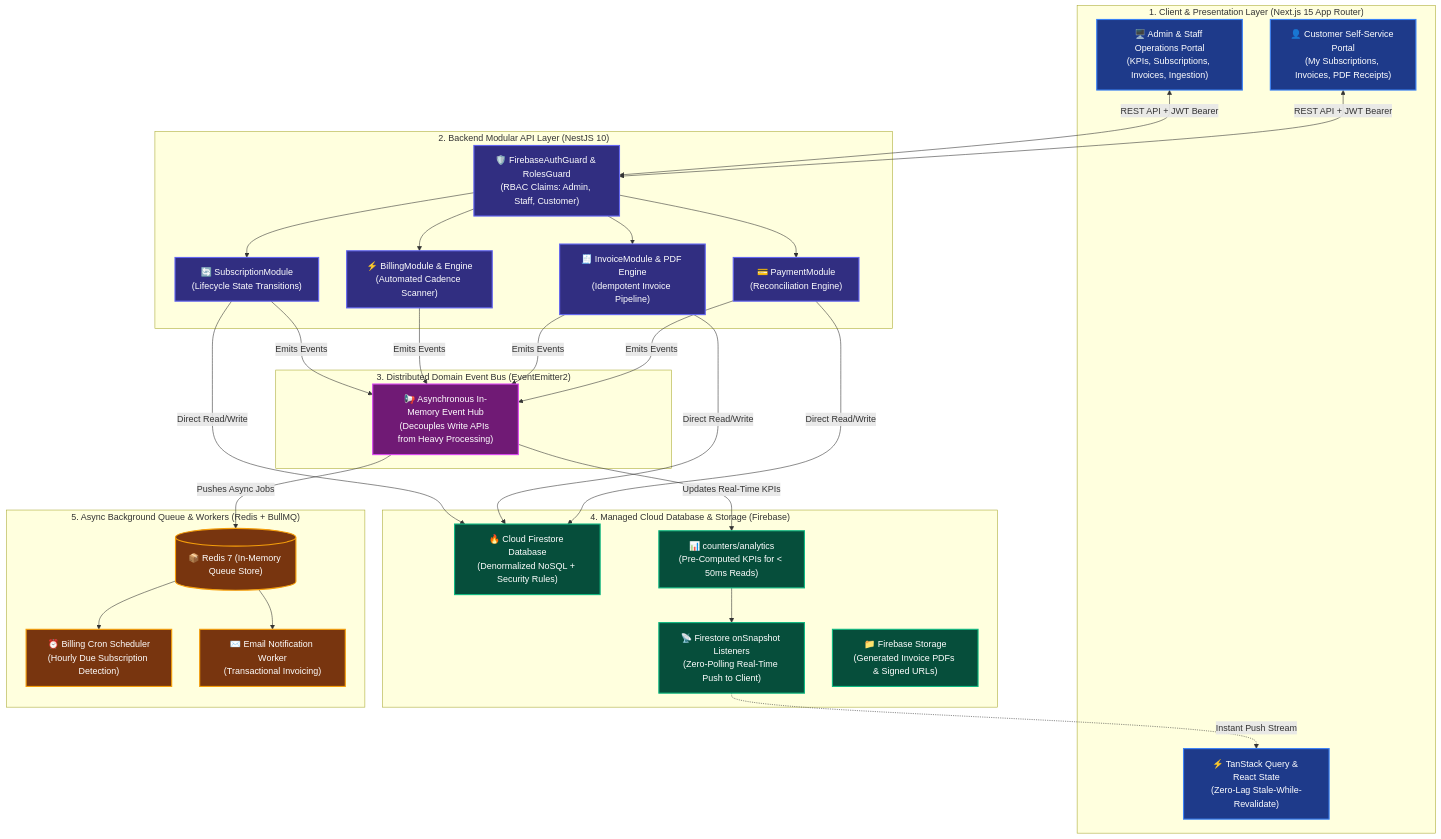
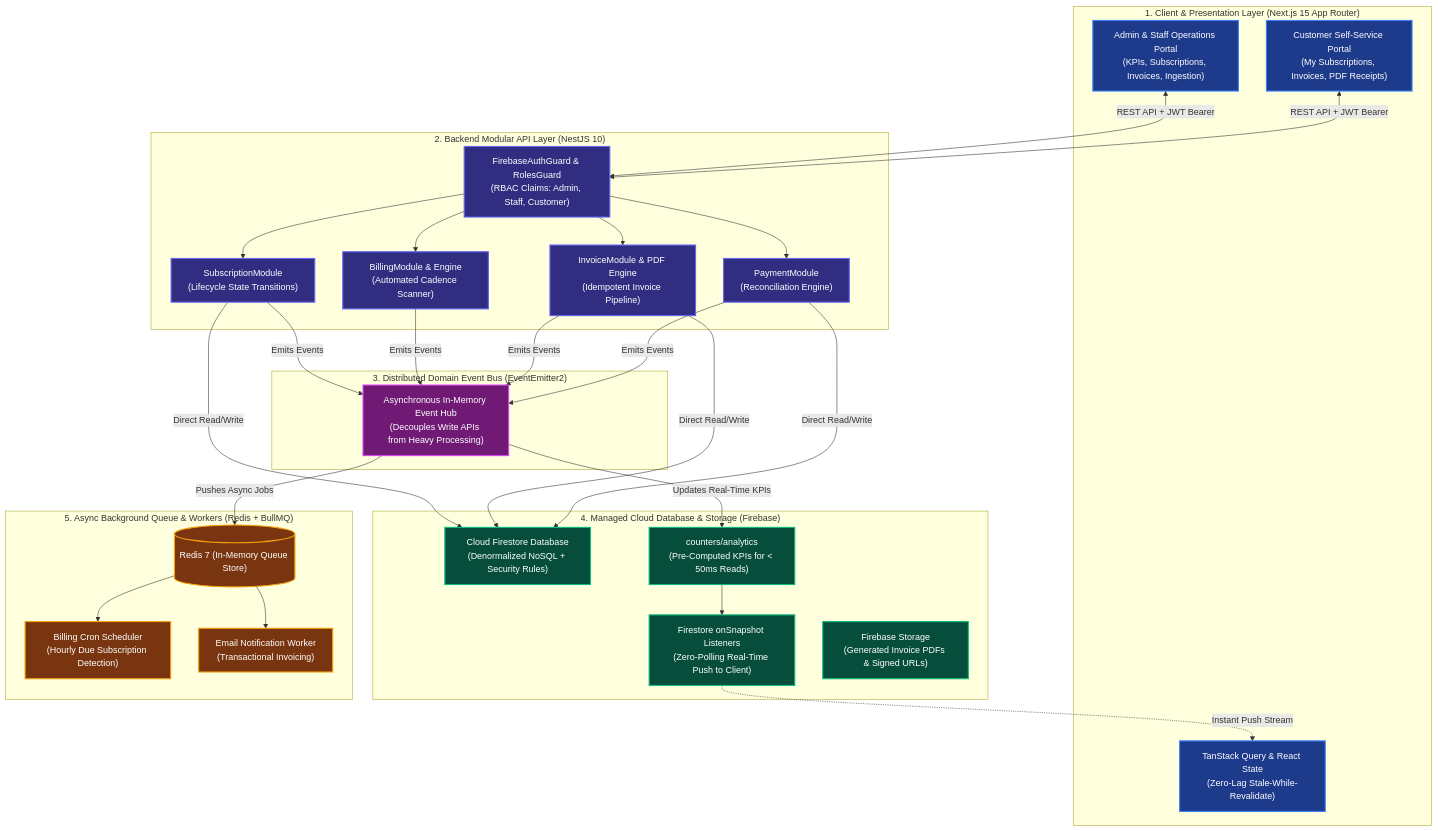
One commit to anandhukrishnaas1/SubFlow changed the first of 3 diagrams in ARCHITECTURE.md. Above: the diagram before and after it, drawn with Mermaid. The commit also changed other lines of this file and 1 other file, not shown here.

Commit message:
docs: remove emojis and localhost references for formal evaluation

````diff
--- a/ARCHITECTURE.md
+++ b/ARCHITECTURE.md
@@ -12,66 +12,66 @@
 ```mermaid
 flowchart TB
     %% Styling Classes
     classDef clientTier fill:#1e3a8a,stroke:#3b82f6,stroke-width:2px,color:#ffffff;
     classDef apiTier fill:#312e81,stroke:#6366f1,stroke-width:2px,color:#ffffff;
     classDef eventTier fill:#701a75,stroke:#d946ef,stroke-width:2px,color:#ffffff;
     classDef dataTier fill:#064e3b,stroke:#10b981,stroke-width:2px,color:#ffffff;
     classDef asyncTier fill:#78350f,stroke:#f59e0b,stroke-width:2px,color:#ffffff;
 
     subgraph CLIENT["1. Client & Presentation Layer (Next.js 15 App Router)"]
-        ADMIN_UI["🖥️ Admin & Staff Operations Portal<br/>(KPIs, Subscriptions, Invoices, Ingestion)"]:::clientTier
-        PORTAL_UI["👤 Customer Self-Service Portal<br/>(My Subscriptions, Invoices, PDF Receipts)"]:::clientTier
-        QUERY_CACHE["⚡ TanStack Query & React State<br/>(Zero-Lag Stale-While-Revalidate)"]:::clientTier
+        ADMIN_UI["Admin & Staff Operations Portal<br/>(KPIs, Subscriptions, Invoices, Ingestion)"]:::clientTier
+        PORTAL_UI["Customer Self-Service Portal<br/>(My Subscriptions, Invoices, PDF Receipts)"]:::clientTier
+        QUERY_CACHE["TanStack Query & React State<br/>(Zero-Lag Stale-While-Revalidate)"]:::clientTier
     end
 
     subgraph GATEWAY["2. Backend Modular API Layer (NestJS 10)"]
-        AUTH_GUARD["🛡️ FirebaseAuthGuard & RolesGuard<br/>(RBAC Claims: Admin, Staff, Customer)"]:::apiTier
-        SUB_MODULE["🔄 SubscriptionModule<br/>(Lifecycle State Transitions)"]:::apiTier
-        BILL_MODULE["⚡ BillingModule & Engine<br/>(Automated Cadence Scanner)"]:::apiTier
-        INV_MODULE["🧾 InvoiceModule & PDF Engine<br/>(Idempotent Invoice Pipeline)"]:::apiTier
-        PAY_MODULE["💳 PaymentModule<br/>(Reconciliation Engine)"]:::apiTier
+        AUTH_GUARD["FirebaseAuthGuard & RolesGuard<br/>(RBAC Claims: Admin, Staff, Customer)"]:::apiTier
+        SUB_MODULE["SubscriptionModule<br/>(Lifecycle State Transitions)"]:::apiTier
+        BILL_MODULE["BillingModule & Engine<br/>(Automated Cadence Scanner)"]:::apiTier
+        INV_MODULE["InvoiceModule & PDF Engine<br/>(Idempotent Invoice Pipeline)"]:::apiTier
+        PAY_MODULE["PaymentModule<br/>(Reconciliation Engine)"]:::apiTier
     end
 
     subgraph EVENT_BUS["3. Distributed Domain Event Bus (EventEmitter2)"]
-        BUS["📢 Asynchronous In-Memory Event Hub<br/>(Decouples Write APIs from Heavy Processing)"]:::eventTier
+        BUS["Asynchronous In-Memory Event Hub<br/>(Decouples Write APIs from Heavy Processing)"]:::eventTier
     end
 
     subgraph STORAGE["4. Managed Cloud Database & Storage (Firebase)"]
-        FIRESTORE["🔥 Cloud Firestore Database<br/>(Denormalized NoSQL + Security Rules)"]:::dataTier
-        COUNTERS["📊 counters/analytics<br/>(Pre-Computed KPIs for < 50ms Reads)"]:::dataTier
-        LIVE_STREAM["📡 Firestore onSnapshot Listeners<br/>(Zero-Polling Real-Time Push to Client)"]:::dataTier
-        PDF_STORAGE["📁 Firebase Storage<br/>(Generated Invoice PDFs & Signed URLs)"]:::dataTier
+        FIRESTORE["Cloud Firestore Database<br/>(Denormalized NoSQL + Security Rules)"]:::dataTier
+        COUNTERS["counters/analytics<br/>(Pre-Computed KPIs for < 50ms Reads)"]:::dataTier
+        LIVE_STREAM["Firestore onSnapshot Listeners<br/>(Zero-Polling Real-Time Push to Client)"]:::dataTier
+        PDF_STORAGE["Firebase Storage<br/>(Generated Invoice PDFs & Signed URLs)"]:::dataTier
     end
 
     subgraph WORKERS["5. Async Background Queue & Workers (Redis + BullMQ)"]
-        REDIS[("📦 Redis 7 (In-Memory Queue Store)")]:::asyncTier
-        CRON["⏰ Billing Cron Scheduler<br/>(Hourly Due Subscription Detection)"]:::asyncTier
-        EMAIL_WORKER["✉️ Email Notification Worker<br/>(Transactional Invoicing)"]:::asyncTier
+        REDIS[("Redis 7 (In-Memory Queue Store)")]:::asyncTier
+        CRON["Billing Cron Scheduler<br/>(Hourly Due Subscription Detection)"]:::asyncTier
+        EMAIL_WORKER["Email Notification Worker<br/>(Transactional Invoicing)"]:::asyncTier
     end
 
     %% Flow Connections
     ADMIN_UI <-->|REST API + JWT Bearer| AUTH_GUARD
     PORTAL_UI <-->|REST API + JWT Bearer| AUTH_GUARD
     LIVE_STREAM -.->|Instant Push Stream| QUERY_CACHE
 
     AUTH_GUARD --> SUB_MODULE
     AUTH_GUARD --> BILL_MODULE
     AUTH_GUARD --> INV_MODULE
     AUTH_GUARD --> PAY_MODULE
 
     SUB_MODULE -->|Emits Events| BUS
     BILL_MODULE -->|Emits Events| BUS
     INV_MODULE -->|Emits Events| BUS
     PAY_MODULE -->|Emits Events| BUS
 
     SUB_MODULE -->|Direct Read/Write| FIRESTORE
     INV_MODULE -->|Direct Read/Write| FIRESTORE
     PAY_MODULE -->|Direct Read/Write| FIRESTORE
 
     BUS -->|Updates Real-Time KPIs| COUNTERS
     BUS -->|Pushes Async Jobs| REDIS
     REDIS --> CRON
     REDIS --> EMAIL_WORKER
 
     COUNTERS --> LIVE_STREAM
 ```
````
